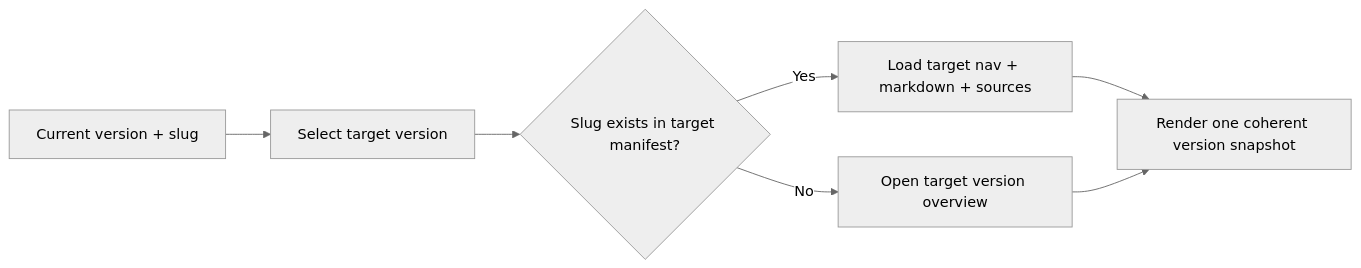
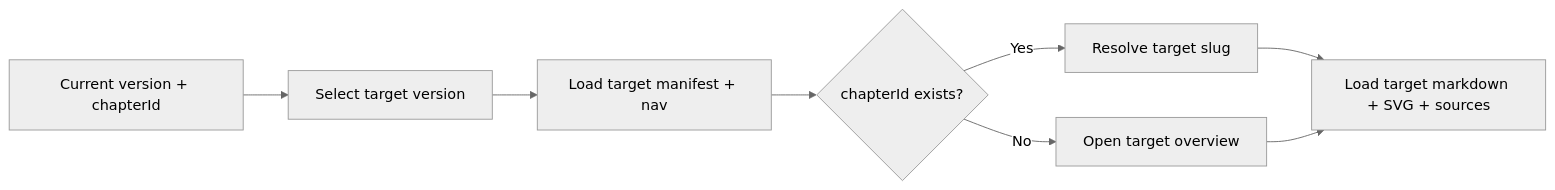
The first of 4 diagrams in docs/DSH_WHITEPAPER_TECHNICAL_PLAN.md (0326/dsh-plugin-market), drawn with Mermaid (neutral theme) before and after one commit. The commit also changed other lines of this file, not shown here.

Commit message:
docs: refine DSH living whitepaper architecture and generation pipeline

````diff
--- a/docs/DSH_WHITEPAPER_TECHNICAL_PLAN.md
+++ b/docs/DSH_WHITEPAPER_TECHNICAL_PLAN.md
@@ -239,9 +302,10 @@
 ```mermaid
 flowchart LR
-    A[Current version + slug] --> B[Select target version]
-    B --> C{Slug exists in target manifest?}
-    C -- Yes --> D[Load target nav + markdown + sources]
-    C -- No --> E[Open target version overview]
-    D --> F[Render one coherent version snapshot]
-    E --> F
+    A[Current version + chapterId] --> B[Select target version]
+    B --> C[Load target manifest + nav]
+    C --> D{chapterId exists?}
+    D -- Yes --> E[Resolve target slug]
+    D -- No --> F[Open target overview]
+    E --> G[Load target markdown + SVG + sources]
+    F --> G
 ```
````
